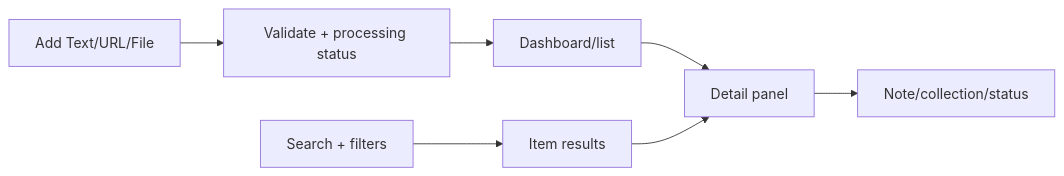
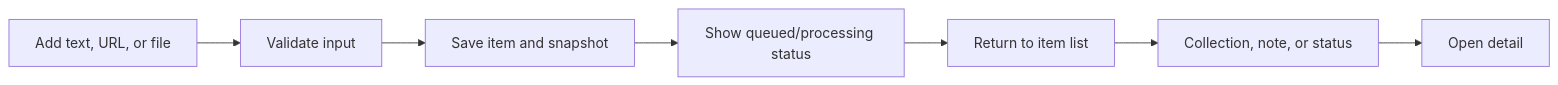
Before and after one commit to ryantr-statinops/InfoBoard: the diagram in docs/design/01-core-flows-and-screens.md, drawn with Mermaid. The commit also changed other lines of this file, not shown here.

Commit message:
docs(design): lock core flows and screen ownership

````diff
--- a/docs/design/01-core-flows-and-screens.md
+++ b/docs/design/01-core-flows-and-screens.md
@@ -17,9 +19,9 @@
 ```mermaid
 flowchart LR
-    Add[Add Text/URL/File] --> Process[Validate + processing status]
-    Process --> List[Dashboard/list]
-    List --> Detail[Detail panel]
-    Detail --> Organize[Note/collection/status]
-    Search[Search + filters] --> Results[Item results]
-    Results --> Detail
+    Add[Add text, URL, or file] --> Validate[Validate input]
+    Validate --> Save[Save item and snapshot]
+    Save --> Status[Show queued/processing status]
+    Status --> List[Return to item list]
+    List --> Organize[Collection, note, or status]
+    Organize --> Detail[Open detail]
 ```
````
